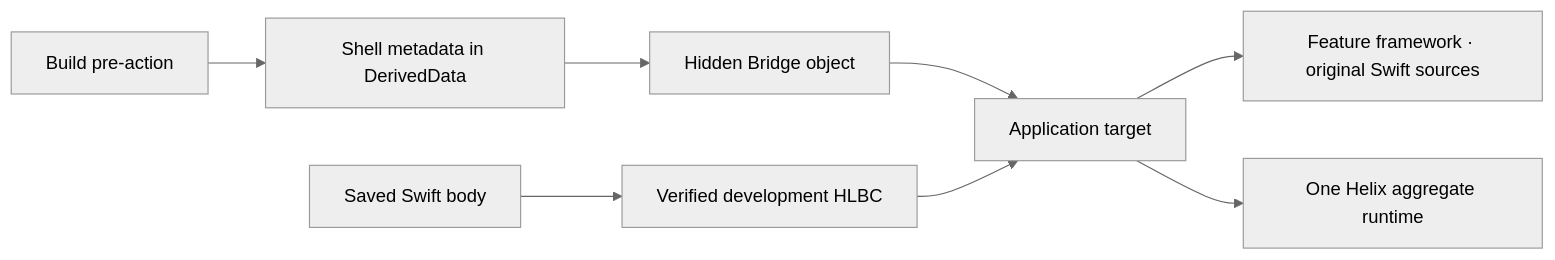
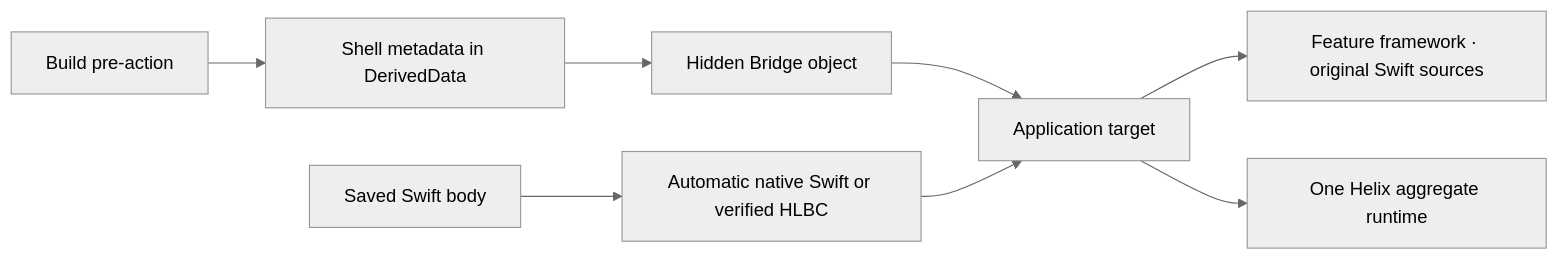
The diagram in Docs/Getting-Started.md (TangentW/Helix), drawn with Mermaid (neutral theme) before and after one commit. The commit also changed other lines of this file and 16 other files, not shown here.

````diff
--- a/Docs/Getting-Started.md
+++ b/Docs/Getting-Started.md
@@ -27,10 +27,10 @@
 ```mermaid
 flowchart LR
     A["Application target"] --> F["Feature framework · original Swift sources"]
     A --> R["One Helix aggregate runtime"]
     P["Build pre-action"] --> S["Shell metadata in DerivedData"]
     S --> H["Hidden Bridge object"]
     H --> A
-    D["Saved Swift body"] --> N["Verified development HLBC"]
+    D["Saved Swift body"] --> N["Automatic native Swift or verified HLBC"]
     N --> A
 ```
````
